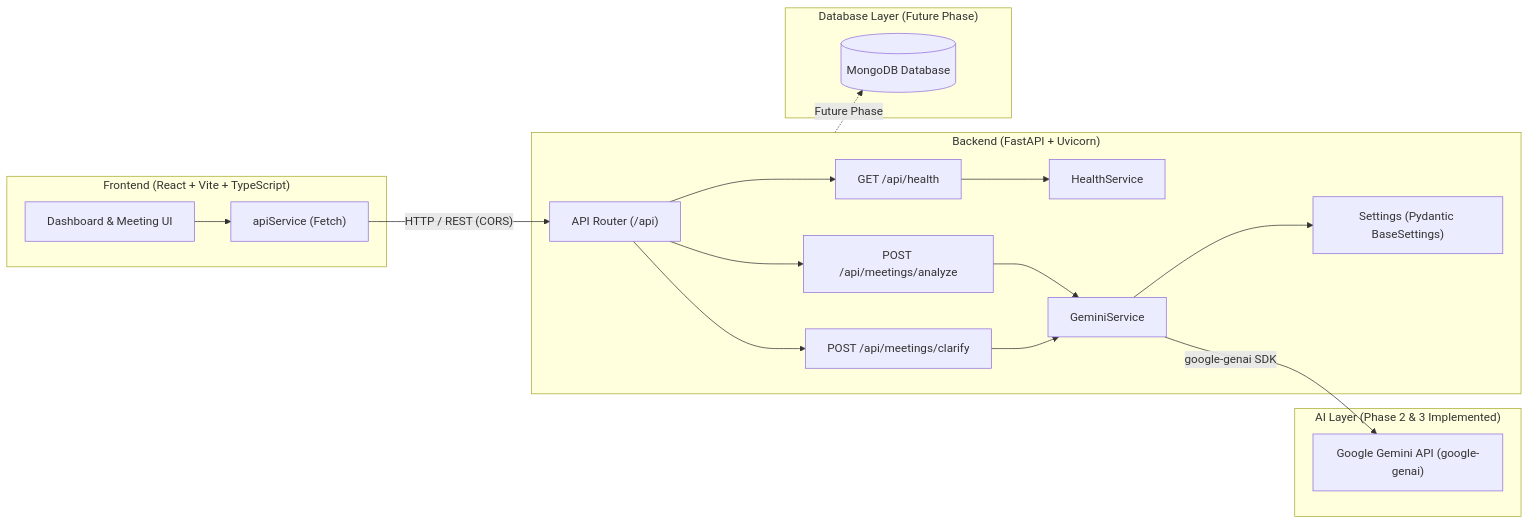
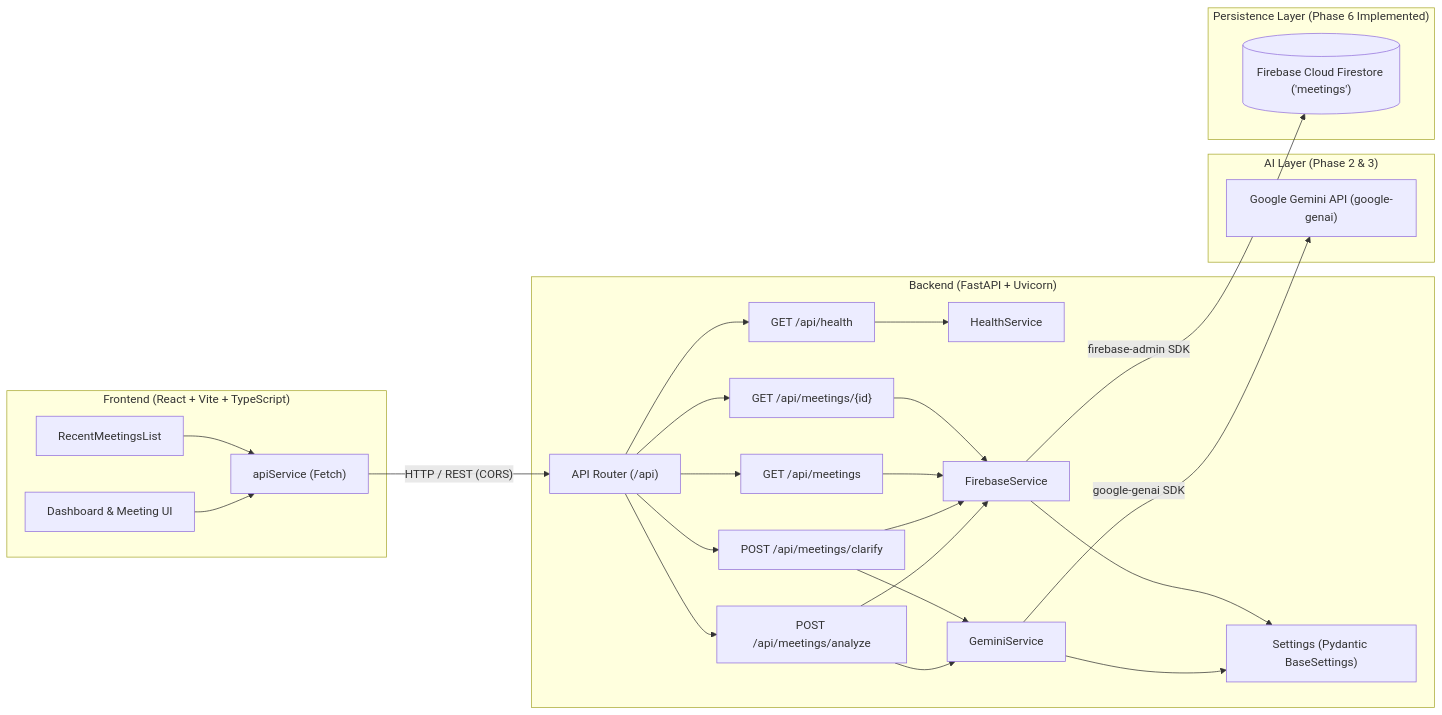
Before and after one commit to rohitt-prog/MeetMindAI: the diagram in README.md, drawn with Mermaid. The commit also changed other lines of this file and 20 other files, not shown here.

Commit message:
feat: add Firebase meeting persistence

````diff
--- a/README.md
+++ b/README.md
@@ -88,38 +94,53 @@
 ```mermaid
 flowchart LR
     subgraph Client ["Frontend (React + Vite + TypeScript)"]
         UI["Dashboard & Meeting UI"]
+        HistoryList["RecentMeetingsList"]
         ClientService["apiService (Fetch)"]
         UI --> ClientService
+        HistoryList --> ClientService
     end
 
     subgraph Server ["Backend (FastAPI + Uvicorn)"]
         Router["API Router (/api)"]
         HealthRoute["GET /api/health"]
         AnalyzeRoute["POST /api/meetings/analyze"]
         ClarifyRoute["POST /api/meetings/clarify"]
+        ListRoute["GET /api/meetings"]
+        GetRoute["GET /api/meetings/{id}"]
+        
         HealthService["HealthService"]
         GeminiService["GeminiService"]
+        FirebaseService["FirebaseService"]
         Config["Settings (Pydantic BaseSettings)"]
         
         Router --> HealthRoute
         Router --> AnalyzeRoute
         Router --> ClarifyRoute
+        Router --> ListRoute
+        Router --> GetRoute
+        
         HealthRoute --> HealthService
         AnalyzeRoute --> GeminiService
+        AnalyzeRoute --> FirebaseService
         ClarifyRoute --> GeminiService
+        ClarifyRoute --> FirebaseService
+        ListRoute --> FirebaseService
+        GetRoute --> FirebaseService
+        
         GeminiService --> Config
+        FirebaseService --> Config
     end
 
-    subgraph AI ["AI Layer (Phase 2 & 3 Implemented)"]
+    subgraph AI ["AI Layer (Phase 2 & 3)"]
         Gemini["Google Gemini API (google-genai)"]
     end
 
-    subgraph FutureDB ["Database Layer (Future Phase)"]
-        MongoDB[("MongoDB Database")]
+    subgraph Database ["Persistence Layer (Phase 6 Implemented)"]
+        Firestore[("Firebase Cloud Firestore ('meetings')")]
     end
 
     ClientService -- "HTTP / REST (CORS)" --> Router
     GeminiService -- "google-genai SDK" --> Gemini
-    Server -. "Future Phase" .-> MongoDB
+    FirebaseService -- "firebase-admin SDK" --> Firestore
 ```
````
